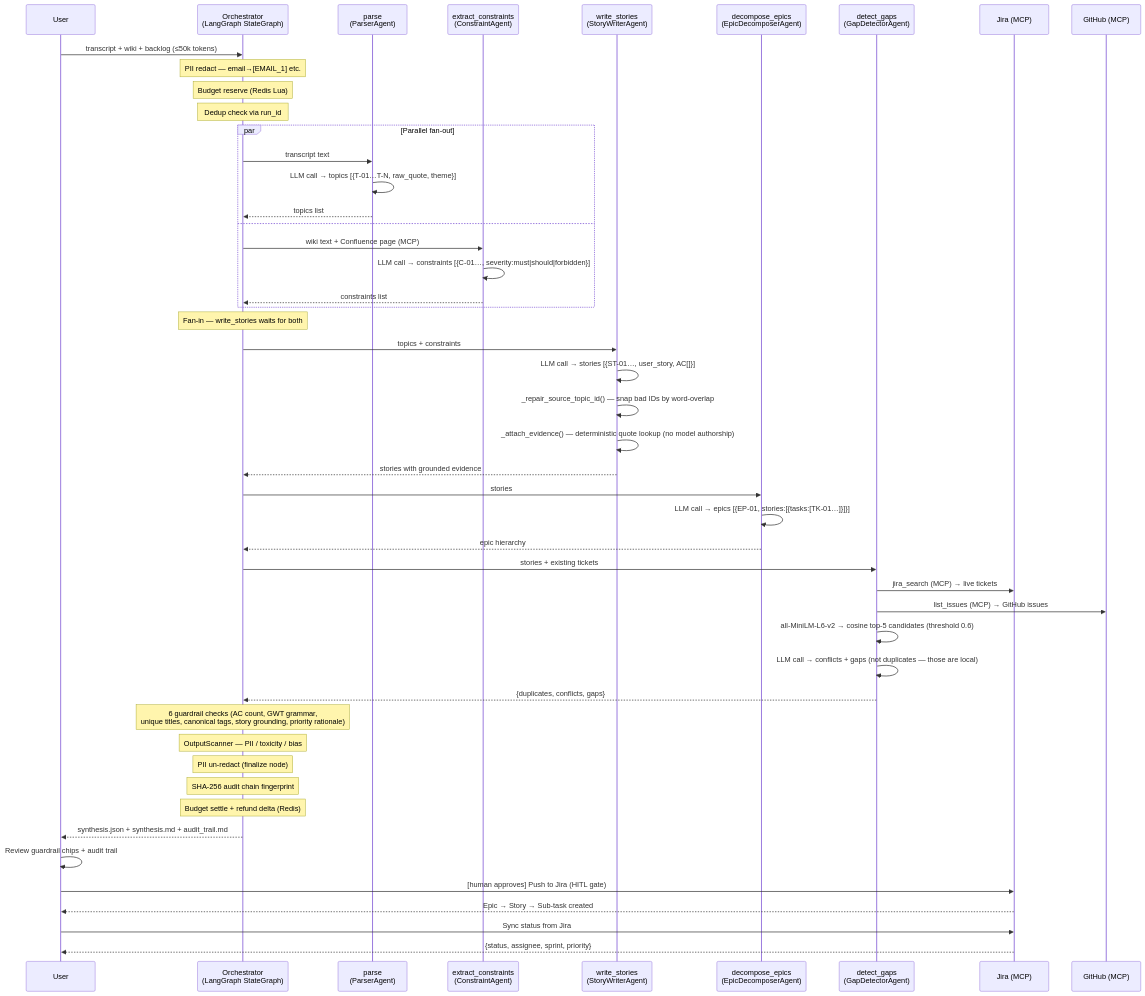
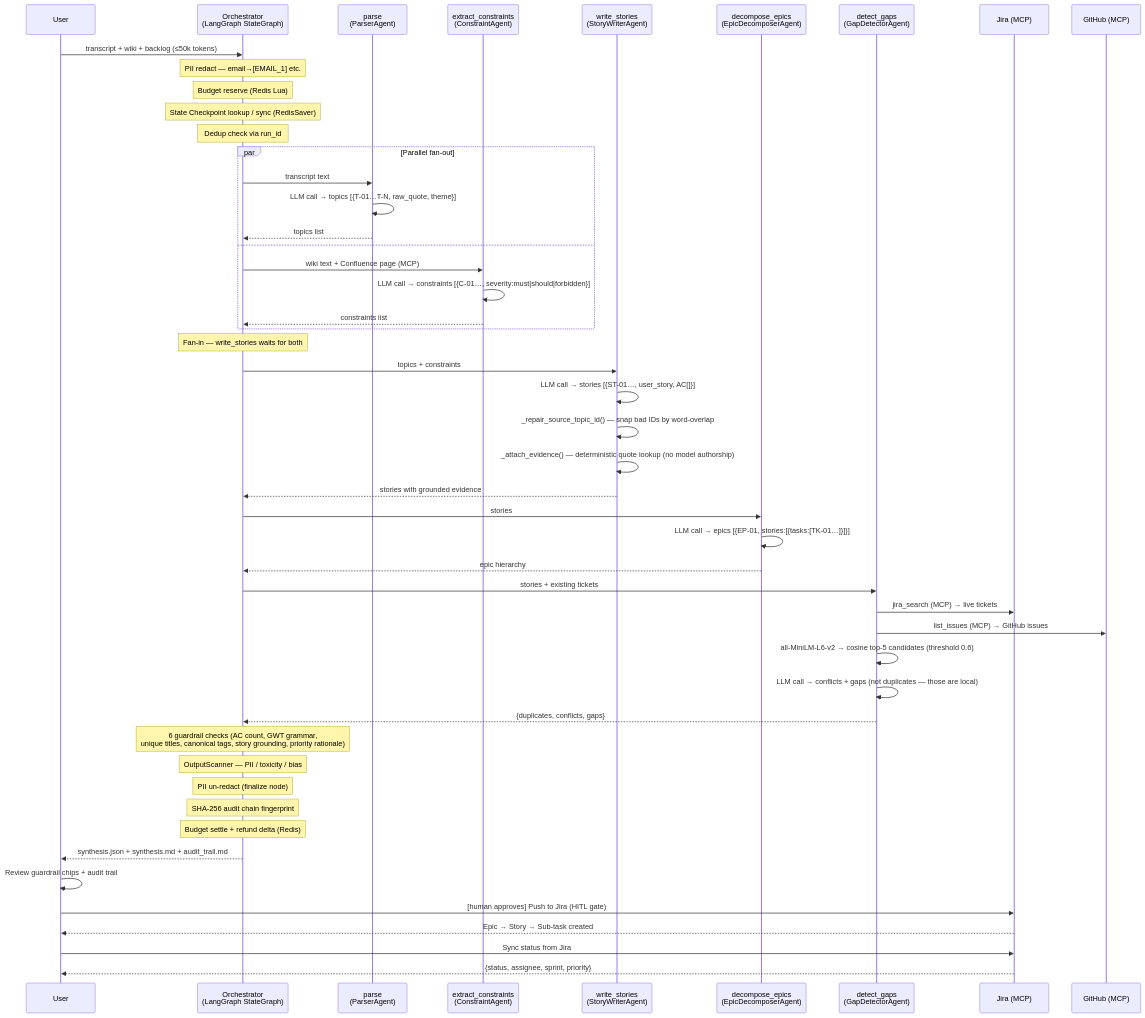
One commit to manikantan-24/northstar-backlog-forge changed the third of 5 diagrams in architecture.md. Above: the diagram before and after it, drawn with Mermaid. The commit also changed other lines of this file and 2 other files, not shown here.

Commit message:
docs: document persistent Redis checkpointer in architecture.md and README.md

````diff
--- a/architecture.md
+++ b/architecture.md
@@ -143,59 +143,60 @@
 ```mermaid
 sequenceDiagram
     participant U as User
     participant O as Orchestrator<br/>(LangGraph StateGraph)
     participant P as parse<br/>(ParserAgent)
     participant CE as extract_constraints<br/>(ConstraintAgent)
     participant SW as write_stories<br/>(StoryWriterAgent)
     participant ED as decompose_epics<br/>(EpicDecomposerAgent)
     participant GD as detect_gaps<br/>(GapDetectorAgent)
     participant J as Jira (MCP)
     participant GH as GitHub (MCP)
 
     U->>O: transcript + wiki + backlog (≤50k tokens)
     Note over O: PII redact — email→[EMAIL_1] etc.
     Note over O: Budget reserve (Redis Lua)
+    Note over O: State Checkpoint lookup / sync (RedisSaver)
     Note over O: Dedup check via run_id
 
     par Parallel fan-out
         O->>P: transcript text
         P->>P: LLM call → topics [{T-01…T-N, raw_quote, theme}]
         P-->>O: topics list
     and
         O->>CE: wiki text + Confluence page (MCP)
         CE->>CE: LLM call → constraints [{C-01…, severity:must|should|forbidden}]
         CE-->>O: constraints list
     end
 
     Note over O: Fan-in — write_stories waits for both
 
     O->>SW: topics + constraints
     SW->>SW: LLM call → stories [{ST-01…, user_story, AC[]}]
     SW->>SW: _repair_source_topic_id() — snap bad IDs by word-overlap
     SW->>SW: _attach_evidence() — deterministic quote lookup (no model authorship)
     SW-->>O: stories with grounded evidence
 
     O->>ED: stories
     ED->>ED: LLM call → epics [{EP-01, stories:[{tasks:[TK-01…]}]}]
     ED-->>O: epic hierarchy
 
     O->>GD: stories + existing tickets
     GD->>J: jira_search (MCP) → live tickets
     GD->>GH: list_issues (MCP) → GitHub issues
     GD->>GD: all-MiniLM-L6-v2 → cosine top-5 candidates (threshold 0.6)
     GD->>GD: LLM call → conflicts + gaps (not duplicates — those are local)
     GD-->>O: {duplicates, conflicts, gaps}
 
     Note over O: 6 guardrail checks (AC count, GWT grammar,<br/>unique titles, canonical tags, story grounding, priority rationale)
     Note over O: OutputScanner — PII / toxicity / bias
     Note over O: PII un-redact (finalize node)
     Note over O: SHA-256 audit chain fingerprint
     Note over O: Budget settle + refund delta (Redis)
     O-->>U: synthesis.json + synthesis.md + audit_trail.md
 
     U->>U: Review guardrail chips + audit trail
     U->>J: [human approves] Push to Jira (HITL gate)
     J-->>U: Epic → Story → Sub-task created
     U->>J: Sync status from Jira
     J-->>U: {status, assignee, sprint, priority}
 ```
````
